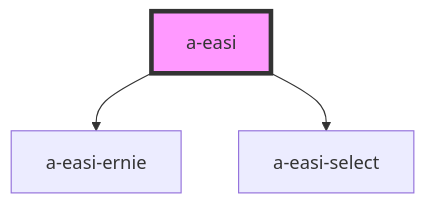
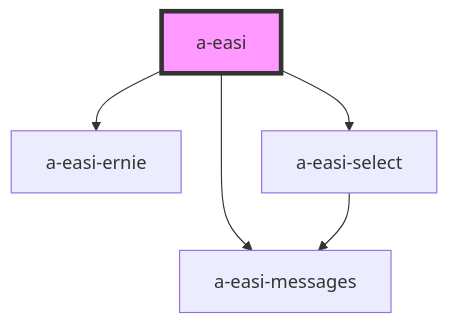
The diagram in src/a-easi/readme.md (MrAntix/easi-components), drawn with Mermaid before and after one commit. The commit also changed other lines of this file and 4 other files, not shown here.

````diff
--- a/src/a-easi/readme.md
+++ b/src/a-easi/readme.md
@@ -33,6 +34,8 @@
 ```mermaid
 graph TD;
   a-easi --> a-easi-ernie
   a-easi --> a-easi-select
+  a-easi --> a-easi-messages
+  a-easi-select --> a-easi-messages
   style a-easi fill:#f9f,stroke:#333,stroke-width:4px
 ```
````
